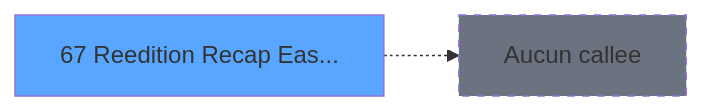
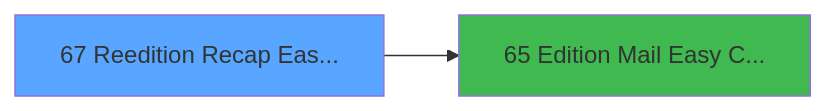
Before and after one commit to thonyAGP/magic-migration: the third of 3 diagrams in .openspec/specs/ADH-IDE-67.md, drawn with Mermaid. The commit also changed other lines of this file and 253 other files, not shown here.

````diff
--- a/.openspec/specs/ADH-IDE-67.md
+++ b/.openspec/specs/ADH-IDE-67.md
@@ -173,8 +357,8 @@
 ```mermaid
 graph LR
     T67[67 Reedition Recap Eas...]
     style T67 fill:#58a6ff
-    NONE[Aucun callee]
-    T67 -.-> NONE
-    style NONE fill:#6b7280,stroke-dasharray: 5 5
+    C65[65 Edition Mail Easy C...]
+    T67 --> C65
+    style C65 fill:#3fb950
 ```
````
